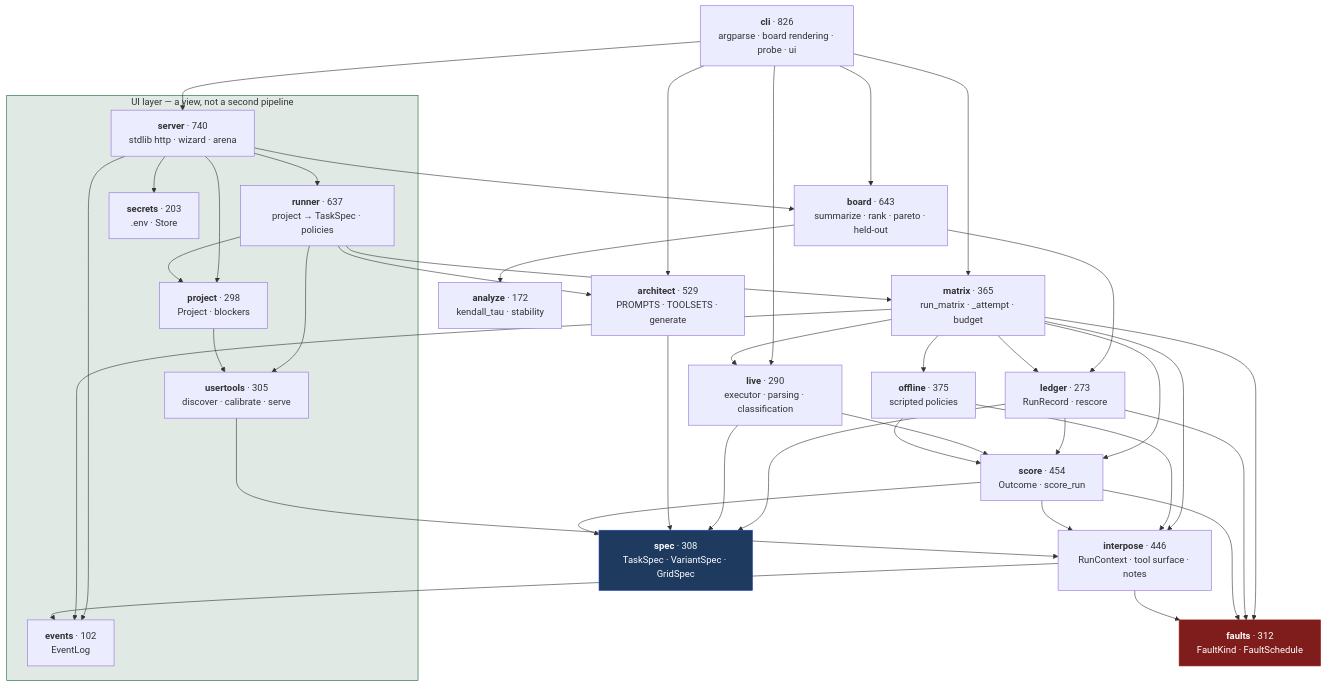
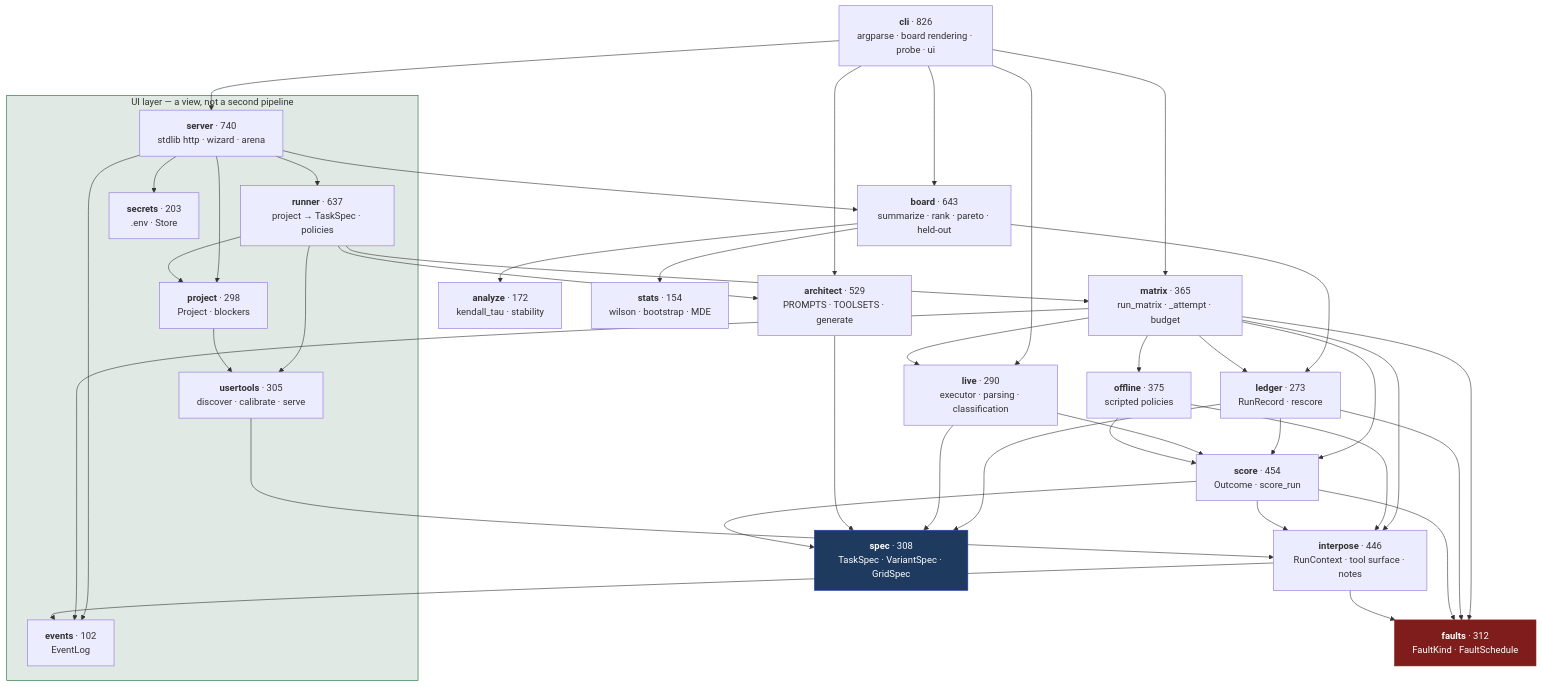
The first of 4 diagrams in docs/architecture/lld.md (Mehul-Gupta-SMH/agent-gauntlet), drawn with Mermaid before and after one commit. The commit also changed other lines of this file and 10 other files, not shown here.

First line of the commit message:
stats: an interval on every rate, and a resolution limit on every board

````diff
--- a/docs/architecture/lld.md
+++ b/docs/architecture/lld.md
@@ -9,42 +9,43 @@
 ```mermaid
 flowchart TD
     subgraph ui["UI layer — a view, not a second pipeline"]
         SERVER["<b>server</b> · 740<br/>stdlib http · wizard · arena"]
         RUNNER["<b>runner</b> · 637<br/>project → TaskSpec · policies"]
         USERT["<b>usertools</b> · 305<br/>discover · calibrate · serve"]
         PROJECT["<b>project</b> · 298<br/>Project · blockers"]
         SECRETS["<b>secrets</b> · 203<br/>.env · Store"]
         EVENTS["<b>events</b> · 102<br/>EventLog"]
     end
 
     CLI["<b>cli</b> · 826<br/>argparse · board rendering · probe · ui"]
     BOARD["<b>board</b> · 643<br/>summarize · rank · pareto · held-out"]
     ARCH["<b>architect</b> · 529<br/>PROMPTS · TOOLSETS · generate"]
     SCORE["<b>score</b> · 454<br/>Outcome · score_run"]
     INTER["<b>interpose</b> · 446<br/>RunContext · tool surface · notes"]
     OFFLINE["<b>offline</b> · 375<br/>scripted policies"]
     MATRIX["<b>matrix</b> · 365<br/>run_matrix · _attempt · budget"]
     FAULTS["<b>faults</b> · 312<br/>FaultKind · FaultSchedule"]
     SPEC["<b>spec</b> · 308<br/>TaskSpec · VariantSpec · GridSpec"]
     LIVE["<b>live</b> · 290<br/>executor · parsing · classification"]
     LEDGER["<b>ledger</b> · 273<br/>RunRecord · rescore"]
     ANALYZE["<b>analyze</b> · 172<br/>kendall_tau · stability"]
+    STATS["<b>stats</b> · 154<br/>wilson · bootstrap · MDE"]
 
     CLI --> BOARD & MATRIX & ARCH & LIVE & SERVER
     SERVER --> PROJECT & RUNNER & SECRETS & EVENTS & BOARD
     RUNNER --> MATRIX & USERT & PROJECT & ARCH
     PROJECT --> USERT
     USERT --> INTER
-    BOARD --> LEDGER & ANALYZE
+    BOARD --> LEDGER & ANALYZE & STATS
     MATRIX --> LEDGER & SCORE & LIVE & OFFLINE & INTER & FAULTS & EVENTS
     LEDGER --> SCORE & FAULTS & SPEC
     LIVE --> SCORE & SPEC
     OFFLINE --> INTER & SCORE
     ARCH --> SPEC
     SCORE --> INTER & FAULTS & SPEC
     INTER --> FAULTS & EVENTS
 
     style SPEC fill:#1e3a5f,stroke:#1e40af,color:#fff
     style FAULTS fill:#7f1d1d,stroke:#991b1b,color:#fff
     style ui fill:#14532d20,stroke:#166534
 ```
````
